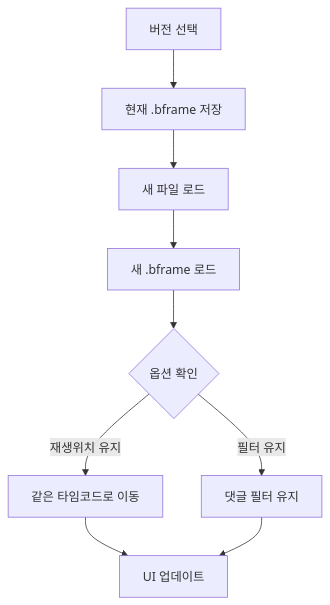
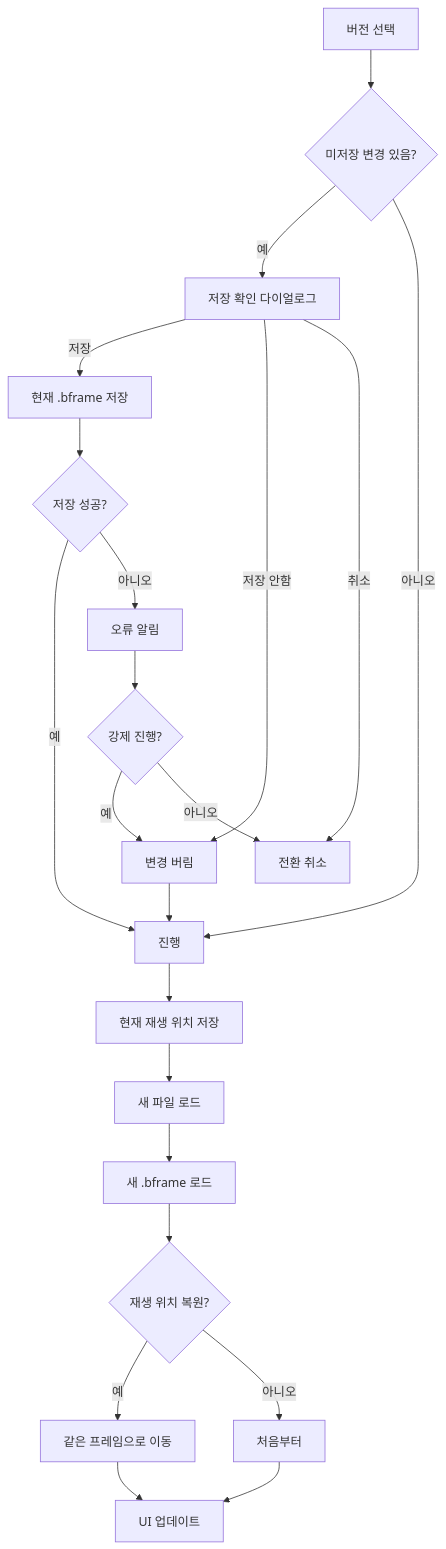
The ninth of 12 diagrams in DEVLOG/버전관리시스템-개발.md (baehandoridori/BAEFRAME), drawn with Mermaid before and after one commit. The commit also changed other lines of this file, not shown here.

````diff
--- a/DEVLOG/버전관리시스템-개발.md
+++ b/DEVLOG/버전관리시스템-개발.md
@@ -186,11 +499,24 @@
 ```mermaid
 flowchart TD
-    A[버전 선택] --> B[현재 .bframe 저장]
-    B --> C[새 파일 로드]
-    C --> D[새 .bframe 로드]
-    D --> E{옵션 확인}
-    E -->|재생위치 유지| F[같은 타임코드로 이동]
-    E -->|필터 유지| G[댓글 필터 유지]
-    F --> H[UI 업데이트]
-    G --> H
+    A[버전 선택] --> B{미저장 변경 있음?}
+    B -->|예| C[저장 확인 다이얼로그]
+    C -->|저장| D[현재 .bframe 저장]
+    C -->|저장 안함| E[변경 버림]
+    C -->|취소| Z[전환 취소]
+    B -->|아니오| F[진행]
+    D --> D1{저장 성공?}
+    D1 -->|예| F
+    D1 -->|아니오| D2[오류 알림]
+    D2 --> D3{강제 진행?}
+    D3 -->|예| E
+    D3 -->|아니오| Z
+    E --> F
+    F --> G[현재 재생 위치 저장]
+    G --> H[새 파일 로드]
+    H --> I[새 .bframe 로드]
+    I --> J{재생 위치 복원?}
+    J -->|예| K[같은 프레임으로 이동]
+    J -->|아니오| L[처음부터]
+    K --> M[UI 업데이트]
+    L --> M
 ```
````
